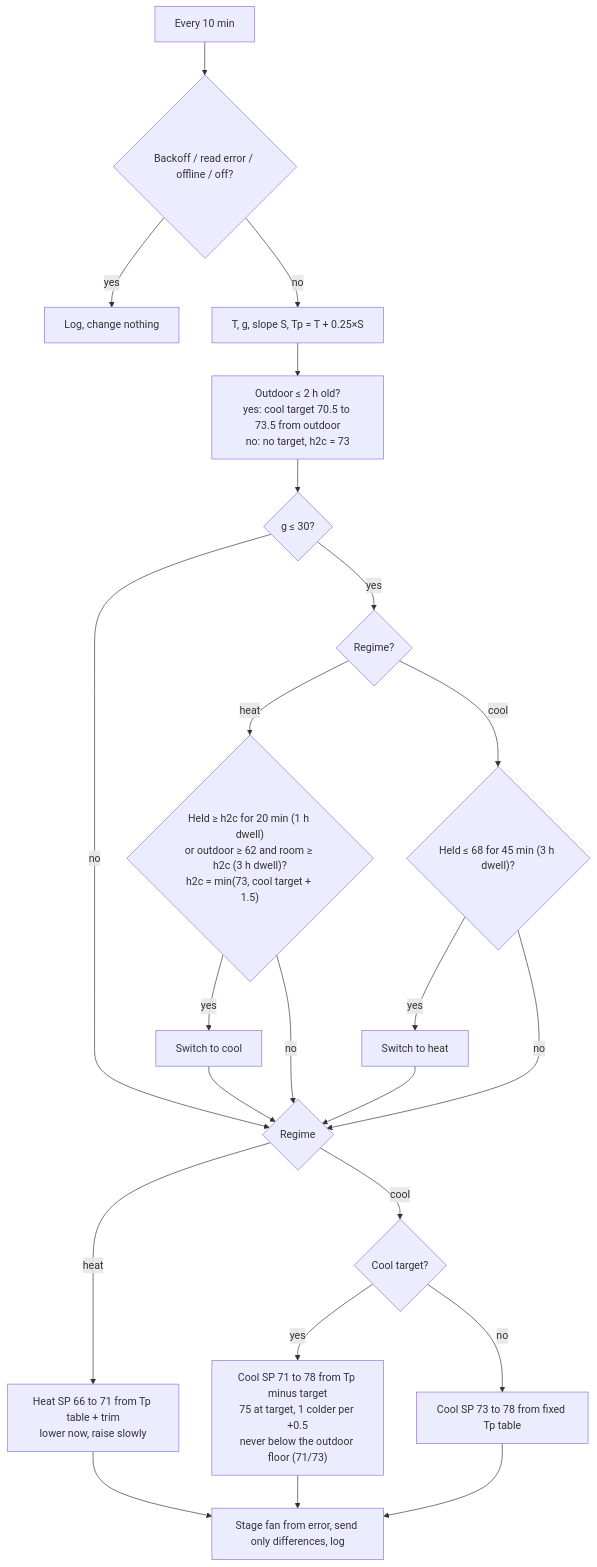
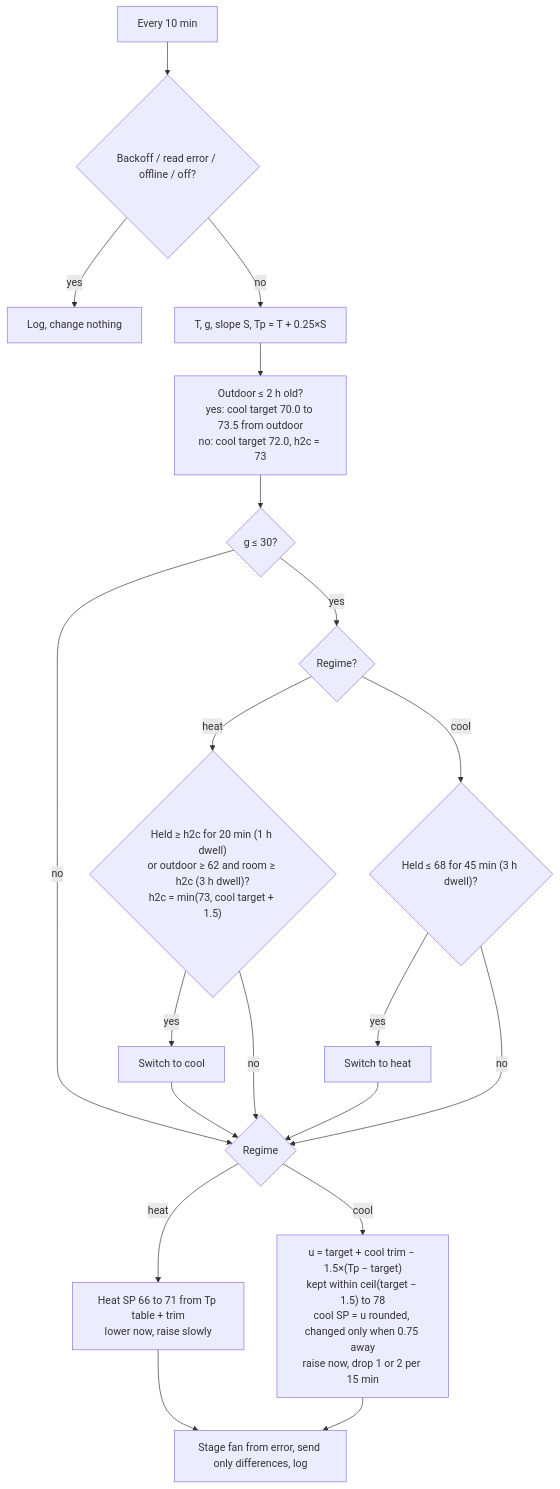
The diagram in README.md (chrisperish/mitsubishi-mini-split-controller), drawn with Mermaid before and after one commit. The commit also changed other lines of this file and 12 other files, not shown here.

First line of the commit message:
Cool formula: adaptive target 70.0 to 73.5, smooth floor, 0.75 hysteresis, cool trim, merged fan stages

````diff
--- a/README.md
+++ b/README.md
@@ -23,25 +23,22 @@
 ```mermaid
 flowchart TD
     A["Every 10 min"] --> B{"Backoff / read error / offline / off?"}
     B -- yes --> Z["Log, change nothing"]
     B -- no --> C["T, g, slope S, Tp = T + 0.25×S"]
-    C --> O["Outdoor ≤ 2 h old?<br>yes: cool target 70.5 to 73.5 from outdoor<br>no: no target, h2c = 73"]
+    C --> O["Outdoor ≤ 2 h old?<br>yes: cool target 70.0 to 73.5 from outdoor<br>no: cool target 72.0, h2c = 73"]
     O --> D{"g ≤ 30?"}
     D -- no --> H
     D -- yes --> E{"Regime?"}
     E -- heat --> F{"Held ≥ h2c for 20 min (1 h dwell)<br>or outdoor ≥ 62 and room ≥ h2c (3 h dwell)?<br>h2c = min(73, cool target + 1.5)"}
     E -- cool --> G{"Held ≤ 68 for 45 min (3 h dwell)?"}
     F -- yes --> FC["Switch to cool"]
     G -- yes --> GH["Switch to heat"]
     F -- no --> H
     G -- no --> H
     FC --> H
     GH --> H
     H{"Regime"} -- heat --> HH["Heat SP 66 to 71 from Tp table + trim<br>lower now, raise slowly"]
-    H -- cool --> CC{"Cool target?"}
-    CC -- yes --> CA["Cool SP 71 to 78 from Tp minus target<br>75 at target, 1 colder per +0.5<br>never below the outdoor floor (71/73)"]
-    CC -- no --> CF["Cool SP 73 to 78 from fixed Tp table"]
+    H -- cool --> CA["u = target + cool trim − 1.5×(Tp − target)<br>kept within ceil(target − 1.5) to 78<br>cool SP = u rounded, changed only when 0.75 away<br>raise now, drop 1 or 2 per 15 min"]
     HH --> S["Stage fan from error, send only differences, log"]
     CA --> S
-    CF --> S
 ```
````
